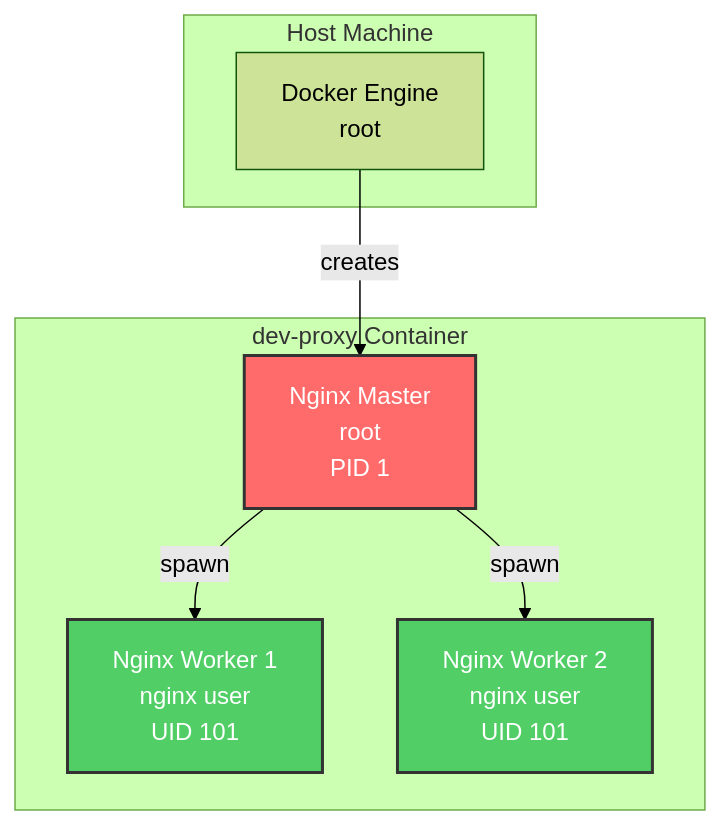
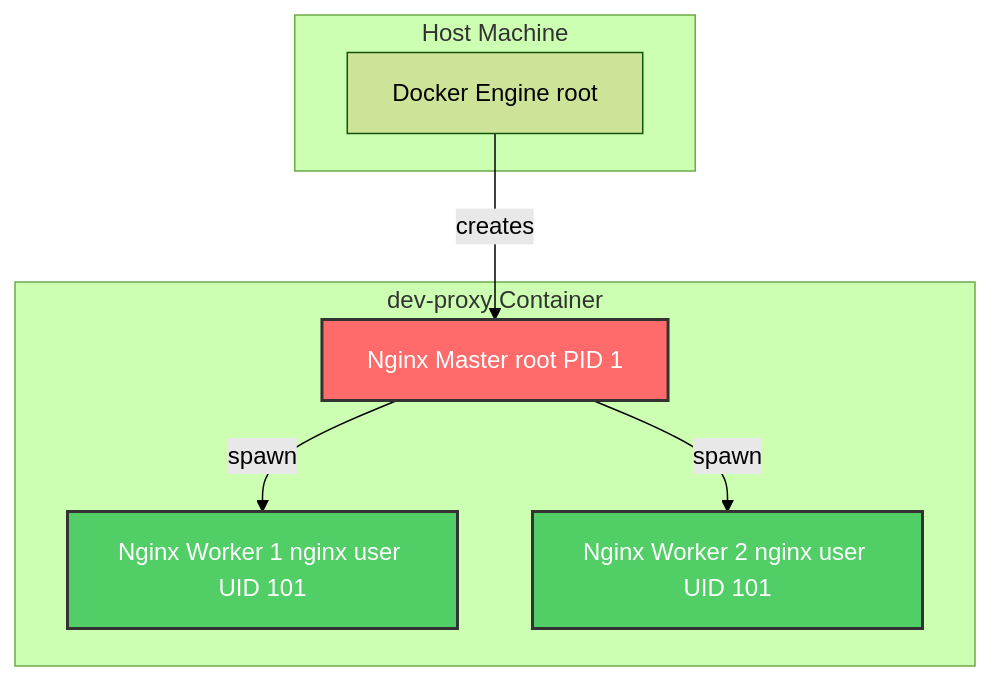
Before and after one commit to softwarewrighter/dev-proxy: the fifth of 17 diagrams in wiki/Security.md, drawn with Mermaid (forest theme). The commit also changed other lines of this file and 6 other files, not shown here.

First line of the commit message:
Fix wiki Mermaid diagrams: remove <br/> tags

````diff
--- a/wiki/Security.md
+++ b/wiki/Security.md
@@ -152,21 +152,21 @@
 ```mermaid
 graph TB
     subgraph "Host Machine"
-        Docker[Docker Engine<br/>root]
+        Docker[Docker Engine root]
     end
 
     subgraph "dev-proxy Container"
-        Master[Nginx Master<br/>root<br/>PID 1]
-        Worker1[Nginx Worker 1<br/>nginx user<br/>UID 101]
-        Worker2[Nginx Worker 2<br/>nginx user<br/>UID 101]
+        Master[Nginx Master root PID 1]
+        Worker1[Nginx Worker 1 nginx user UID 101]
+        Worker2[Nginx Worker 2 nginx user UID 101]
 
         Master -->|spawn| Worker1
         Master -->|spawn| Worker2
     end
 
     Docker -->|creates| Master
 
     style Master fill:#ff6b6b,stroke:#333,stroke-width:2px,color:#fff
     style Worker1 fill:#51cf66,stroke:#333,stroke-width:2px,color:#fff
     style Worker2 fill:#51cf66,stroke:#333,stroke-width:2px,color:#fff
 ```
````
